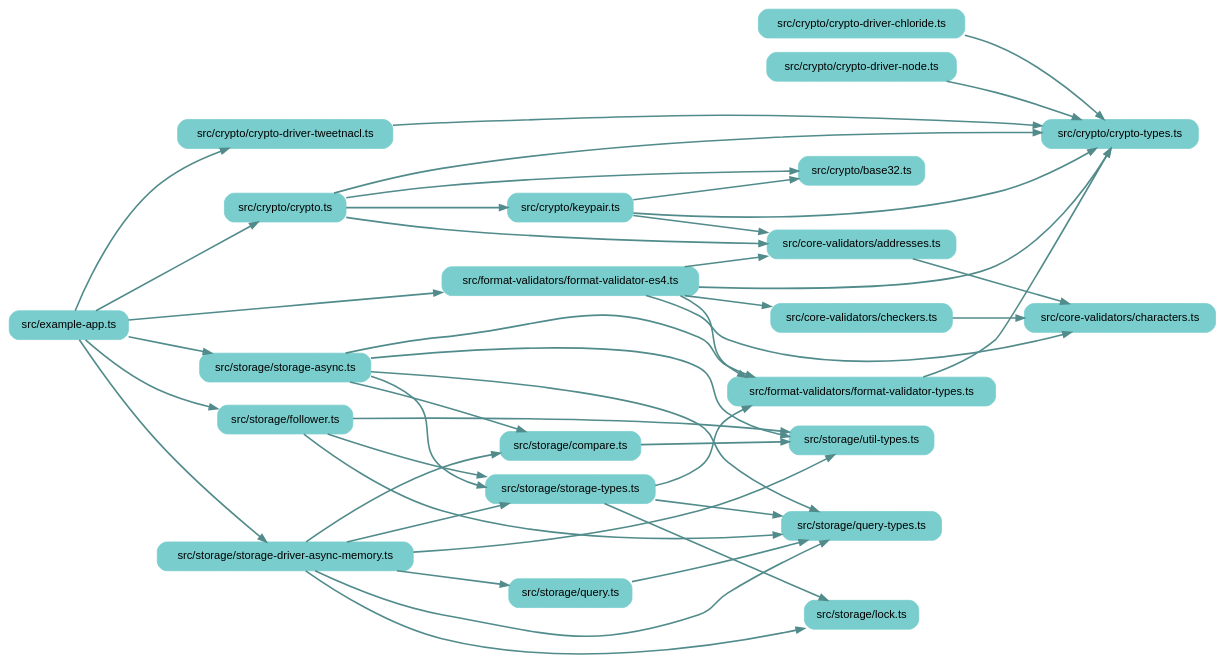
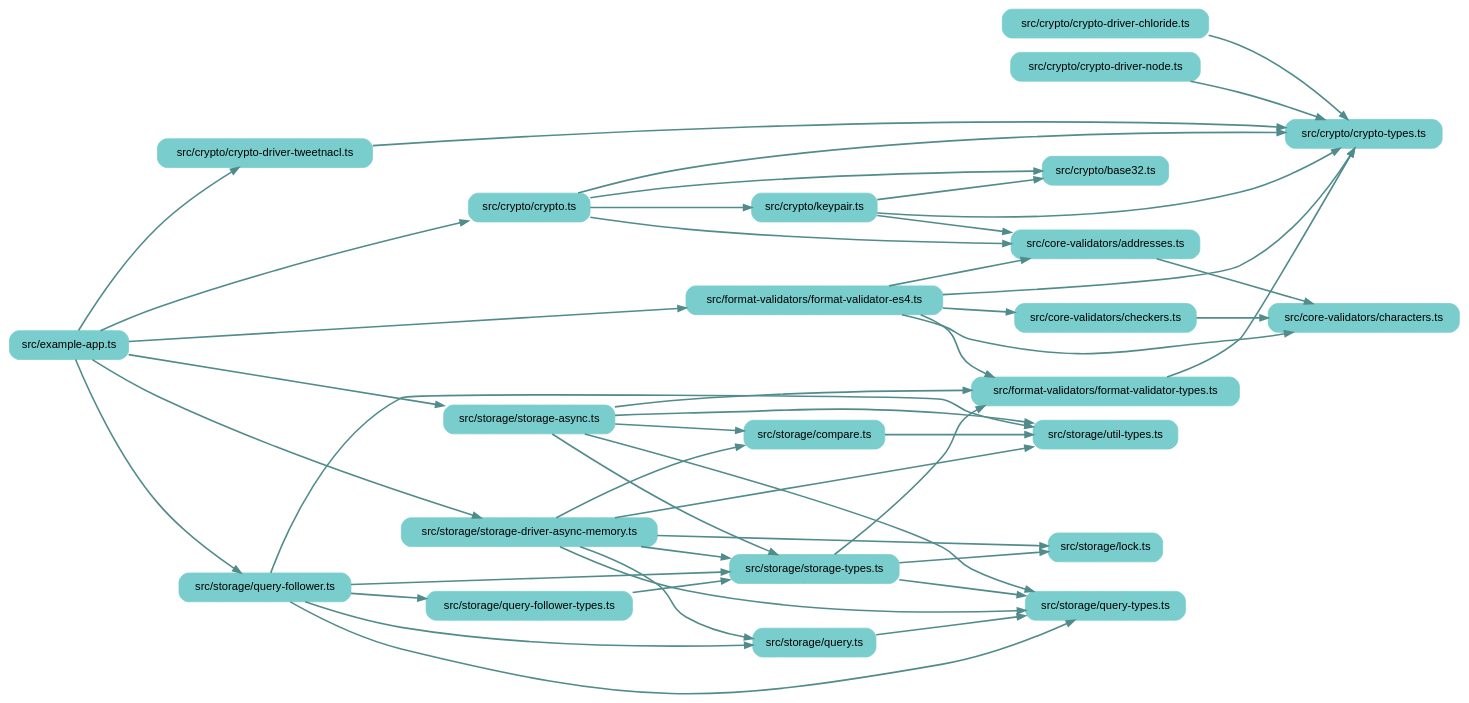
Before and after one commit to earthstar-project/earthstar: the diagram in depchart/depchart-loose.dot, drawn with Graphviz. The commit also changed 8 other files, not shown here.

```diff
--- a/depchart/depchart-loose.dot
+++ b/depchart/depchart-loose.dot
@@ -1,82 +1,86 @@
 
 digraph G {
     //splines=line;
     //splines=polyline;
     splines=true;
     rankdir=LR;
     //newrank=true;
     compound=true;
     graph [fontname = "helvetica"];  // dpi=72
     node [fontname = "helvetica"];
     edge [fontname = "helvetica"];
     
     // files in their folder clusters
         "src/example-app.ts" [label="src/example-app.ts", shape=rectangle; style="rounded,filled"; color=darkslategray3];
         "src/core-validators/addresses.ts" [label="src/core-validators/addresses.ts", shape=rectangle; style="rounded,filled"; color=darkslategray3];
             "src/core-validators/characters.ts" [label="src/core-validators/characters.ts", shape=rectangle; style="rounded,filled"; color=darkslategray3];
             "src/core-validators/checkers.ts" [label="src/core-validators/checkers.ts", shape=rectangle; style="rounded,filled"; color=darkslategray3];
         "src/crypto/base32.ts" [label="src/crypto/base32.ts", shape=rectangle; style="rounded,filled"; color=darkslategray3];
             "src/crypto/crypto-driver-chloride.ts" [label="src/crypto/crypto-driver-chloride.ts", shape=rectangle; style="rounded,filled"; color=darkslategray3];
             "src/crypto/crypto-driver-node.ts" [label="src/crypto/crypto-driver-node.ts", shape=rectangle; style="rounded,filled"; color=darkslategray3];
             "src/crypto/crypto-driver-tweetnacl.ts" [label="src/crypto/crypto-driver-tweetnacl.ts", shape=rectangle; style="rounded,filled"; color=darkslategray3];
             "src/crypto/crypto-types.ts" [label="src/crypto/crypto-types.ts", shape=rectangle; style="rounded,filled"; color=darkslategray3];
             "src/crypto/crypto.ts" [label="src/crypto/crypto.ts", shape=rectangle; style="rounded,filled"; color=darkslategray3];
             "src/crypto/keypair.ts" [label="src/crypto/keypair.ts", shape=rectangle; style="rounded,filled"; color=darkslategray3];
         "src/format-validators/format-validator-es4.ts" [label="src/format-validators/format-validator-es4.ts", shape=rectangle; style="rounded,filled"; color=darkslategray3];
             "src/format-validators/format-validator-types.ts" [label="src/format-validators/format-validator-types.ts", shape=rectangle; style="rounded,filled"; color=darkslategray3];
         "src/storage/compare.ts" [label="src/storage/compare.ts", shape=rectangle; style="rounded,filled"; color=darkslategray3];
-            "src/storage/follower.ts" [label="src/storage/follower.ts", shape=rectangle; style="rounded,filled"; color=darkslategray3];
             "src/storage/lock.ts" [label="src/storage/lock.ts", shape=rectangle; style="rounded,filled"; color=darkslategray3];
+            "src/storage/query-follower-types.ts" [label="src/storage/query-follower-types.ts", shape=rectangle; style="rounded,filled"; color=darkslategray3];
+            "src/storage/query-follower.ts" [label="src/storage/query-follower.ts", shape=rectangle; style="rounded,filled"; color=darkslategray3];
             "src/storage/query-types.ts" [label="src/storage/query-types.ts", shape=rectangle; style="rounded,filled"; color=darkslategray3];
             "src/storage/query.ts" [label="src/storage/query.ts", shape=rectangle; style="rounded,filled"; color=darkslategray3];
             "src/storage/storage-async.ts" [label="src/storage/storage-async.ts", shape=rectangle; style="rounded,filled"; color=darkslategray3];
             "src/storage/storage-driver-async-memory.ts" [label="src/storage/storage-driver-async-memory.ts", shape=rectangle; style="rounded,filled"; color=darkslategray3];
             "src/storage/storage-types.ts" [label="src/storage/storage-types.ts", shape=rectangle; style="rounded,filled"; color=darkslategray3];
             "src/storage/util-types.ts" [label="src/storage/util-types.ts", shape=rectangle; style="rounded,filled"; color=darkslategray3];
 
     // edges between files
     "src/core-validators/addresses.ts" -> "src/core-validators/characters.ts" [penwidth=2; color=darkslategray4];
     "src/core-validators/checkers.ts" -> "src/core-validators/characters.ts" [penwidth=2; color=darkslategray4];
     "src/crypto/crypto-driver-chloride.ts" -> "src/crypto/crypto-types.ts" [penwidth=2; color=darkslategray4];
     "src/crypto/crypto-driver-node.ts" -> "src/crypto/crypto-types.ts" [penwidth=2; color=darkslategray4];
     "src/crypto/crypto-driver-tweetnacl.ts" -> "src/crypto/crypto-types.ts" [penwidth=2; color=darkslategray4];
     "src/crypto/crypto.ts" -> "src/crypto/crypto-types.ts" [penwidth=2; color=darkslategray4];
     "src/crypto/crypto.ts" -> "src/crypto/base32.ts" [penwidth=2; color=darkslategray4];
     "src/crypto/crypto.ts" -> "src/crypto/keypair.ts" [penwidth=2; color=darkslategray4];
     "src/crypto/crypto.ts" -> "src/core-validators/addresses.ts" [penwidth=2; color=darkslategray4];
     "src/crypto/keypair.ts" -> "src/crypto/base32.ts" [penwidth=2; color=darkslategray4];
     "src/crypto/keypair.ts" -> "src/crypto/crypto-types.ts" [penwidth=2; color=darkslategray4];
     "src/crypto/keypair.ts" -> "src/core-validators/addresses.ts" [penwidth=2; color=darkslategray4];
     "src/example-app.ts" -> "src/format-validators/format-validator-es4.ts" [penwidth=2; color=darkslategray4];
     "src/example-app.ts" -> "src/storage/storage-driver-async-memory.ts" [penwidth=2; color=darkslategray4];
     "src/example-app.ts" -> "src/storage/storage-async.ts" [penwidth=2; color=darkslategray4];
-    "src/example-app.ts" -> "src/storage/follower.ts" [penwidth=2; color=darkslategray4];
     "src/example-app.ts" -> "src/crypto/crypto.ts" [penwidth=2; color=darkslategray4];
     "src/example-app.ts" -> "src/crypto/crypto-driver-tweetnacl.ts" [penwidth=2; color=darkslategray4];
+    "src/example-app.ts" -> "src/storage/query-follower.ts" [penwidth=2; color=darkslategray4];
     "src/format-validators/format-validator-es4.ts" -> "src/format-validators/format-validator-types.ts" [penwidth=2; color=darkslategray4];
     "src/format-validators/format-validator-es4.ts" -> "src/crypto/crypto-types.ts" [penwidth=2; color=darkslategray4];
     "src/format-validators/format-validator-es4.ts" -> "src/core-validators/characters.ts" [penwidth=2; color=darkslategray4];
     "src/format-validators/format-validator-es4.ts" -> "src/core-validators/checkers.ts" [penwidth=2; color=darkslategray4];
     "src/format-validators/format-validator-es4.ts" -> "src/core-validators/addresses.ts" [penwidth=2; color=darkslategray4];
     "src/format-validators/format-validator-types.ts" -> "src/crypto/crypto-types.ts" [penwidth=2; color=darkslategray4];
     "src/storage/compare.ts" -> "src/storage/util-types.ts" [penwidth=2; color=darkslategray4];
-    "src/storage/follower.ts" -> "src/storage/util-types.ts" [penwidth=2; color=darkslategray4];
-    "src/storage/follower.ts" -> "src/storage/query-types.ts" [penwidth=2; color=darkslategray4];
-    "src/storage/follower.ts" -> "src/storage/storage-types.ts" [penwidth=2; color=darkslategray4];
+    "src/storage/query-follower-types.ts" -> "src/storage/storage-types.ts" [penwidth=2; color=darkslategray4];
+    "src/storage/query-follower.ts" -> "src/storage/util-types.ts" [penwidth=2; color=darkslategray4];
+    "src/storage/query-follower.ts" -> "src/storage/query-types.ts" [penwidth=2; color=darkslategray4];
+    "src/storage/query-follower.ts" -> "src/storage/storage-types.ts" [penwidth=2; color=darkslategray4];
+    "src/storage/query-follower.ts" -> "src/storage/query.ts" [penwidth=2; color=darkslategray4];
+    "src/storage/query-follower.ts" -> "src/storage/query-follower-types.ts" [penwidth=2; color=darkslategray4];
     "src/storage/query.ts" -> "src/storage/query-types.ts" [penwidth=2; color=darkslategray4];
     "src/storage/storage-async.ts" -> "src/storage/util-types.ts" [penwidth=2; color=darkslategray4];
     "src/storage/storage-async.ts" -> "src/storage/query-types.ts" [penwidth=2; color=darkslategray4];
     "src/storage/storage-async.ts" -> "src/storage/storage-types.ts" [penwidth=2; color=darkslategray4];
     "src/storage/storage-async.ts" -> "src/format-validators/format-validator-types.ts" [penwidth=2; color=darkslategray4];
     "src/storage/storage-async.ts" -> "src/storage/compare.ts" [penwidth=2; color=darkslategray4];
     "src/storage/storage-driver-async-memory.ts" -> "src/storage/util-types.ts" [penwidth=2; color=darkslategray4];
     "src/storage/storage-driver-async-memory.ts" -> "src/storage/query-types.ts" [penwidth=2; color=darkslategray4];
     "src/storage/storage-driver-async-memory.ts" -> "src/storage/storage-types.ts" [penwidth=2; color=darkslategray4];
     "src/storage/storage-driver-async-memory.ts" -> "src/storage/compare.ts" [penwidth=2; color=darkslategray4];
     "src/storage/storage-driver-async-memory.ts" -> "src/storage/query.ts" [penwidth=2; color=darkslategray4];
     "src/storage/storage-driver-async-memory.ts" -> "src/storage/lock.ts" [penwidth=2; color=darkslategray4];
     "src/storage/storage-types.ts" -> "src/storage/query-types.ts" [penwidth=2; color=darkslategray4];
     "src/storage/storage-types.ts" -> "src/format-validators/format-validator-types.ts" [penwidth=2; color=darkslategray4];
     "src/storage/storage-types.ts" -> "src/storage/lock.ts" [penwidth=2; color=darkslategray4];
 
 }
```
